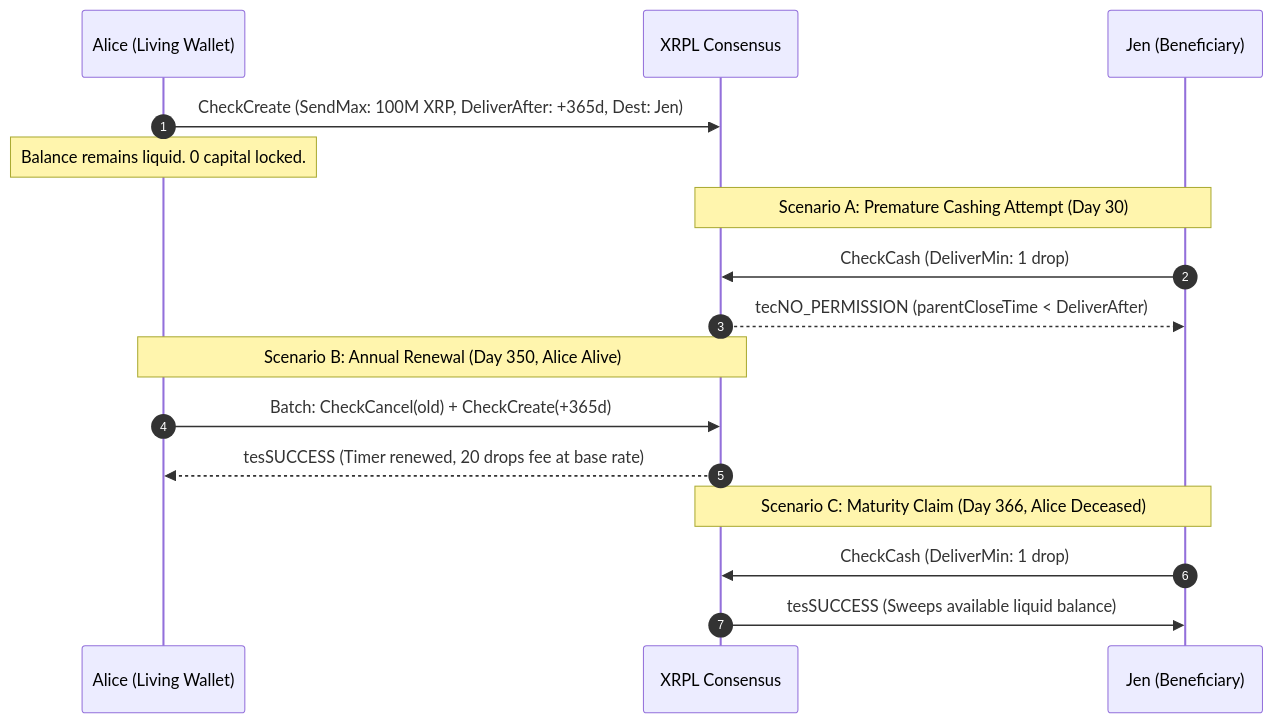
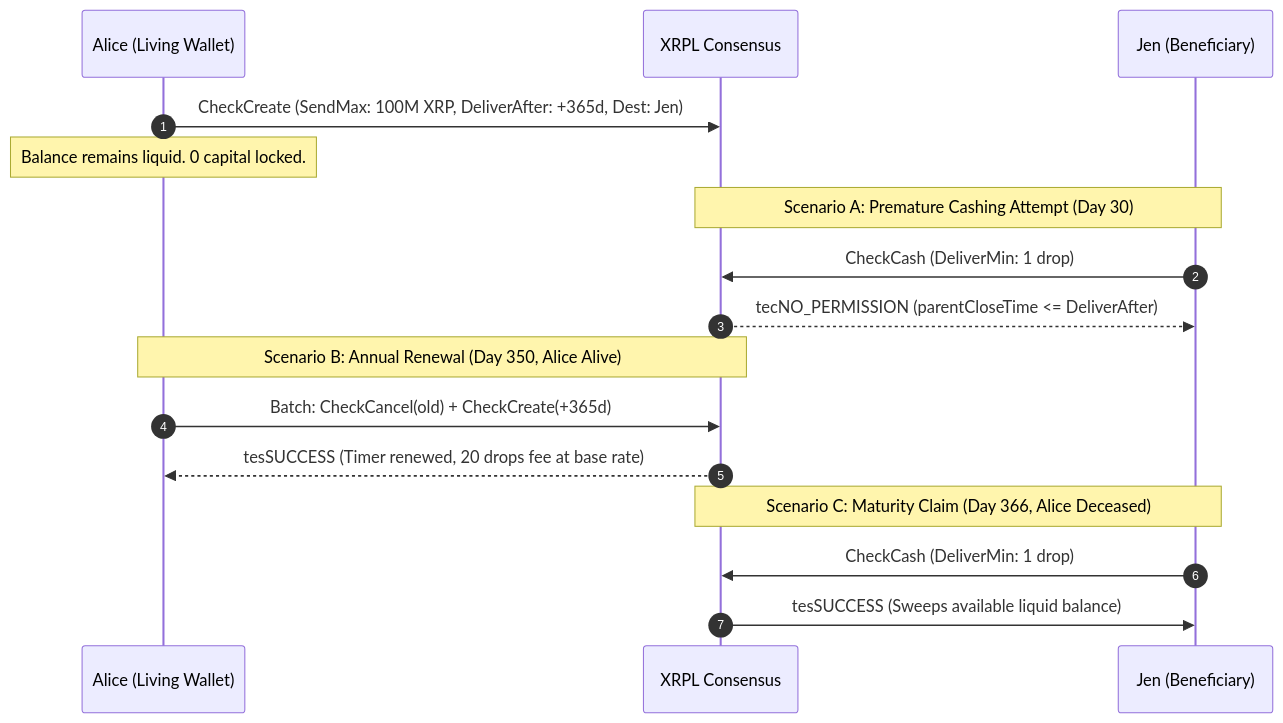
Before and after one commit to XRPLF/XRPL-Standards: the diagram in XLS-draft-post-dated-checks/README.md, drawn with Mermaid. The commit also changed other lines of this file, not shown here.

Commit message:
docs(xls-draft-post-dated-checks): show equality rejection in sequence diagram and tax example

````diff
--- a/XLS-draft-post-dated-checks/README.md
+++ b/XLS-draft-post-dated-checks/README.md
@@ -170,22 +170,22 @@
 ```mermaid
 sequenceDiagram
     autonumber
     participant Alice as Alice (Living Wallet)
     participant Ledger as XRPL Consensus
     participant Jen as Jen (Beneficiary)
 
     Alice->>Ledger: CheckCreate (SendMax: 100M XRP, DeliverAfter: +365d, Dest: Jen)
     Note over Alice: Balance remains liquid. 0 capital locked.
 
     Note over Ledger,Jen: Scenario A: Premature Cashing Attempt (Day 30)
     Jen->>Ledger: CheckCash (DeliverMin: 1 drop)
-    Ledger-->>Jen: tecNO_PERMISSION (parentCloseTime < DeliverAfter)
+    Ledger-->>Jen: tecNO_PERMISSION (parentCloseTime <= DeliverAfter)
 
     Note over Alice,Ledger: Scenario B: Annual Renewal (Day 350, Alice Alive)
     Alice->>Ledger: Batch: CheckCancel(old) + CheckCreate(+365d)
     Ledger-->>Alice: tesSUCCESS (Timer renewed, 20 drops fee at base rate)
 
     Note over Ledger,Jen: Scenario C: Maturity Claim (Day 366, Alice Deceased)
     Jen->>Ledger: CheckCash (DeliverMin: 1 drop)
     Ledger->>Jen: tesSUCCESS (Sweeps available liquid balance)
 ```
````
